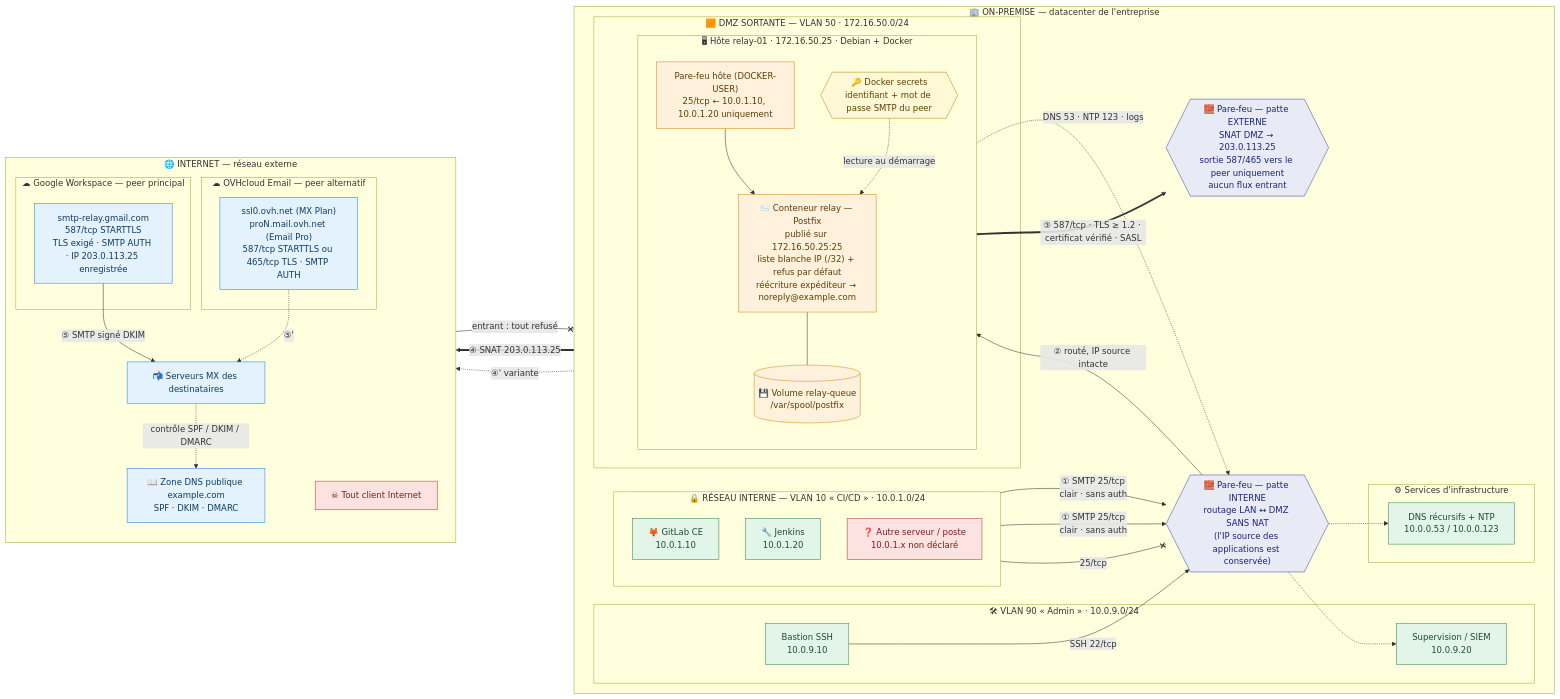
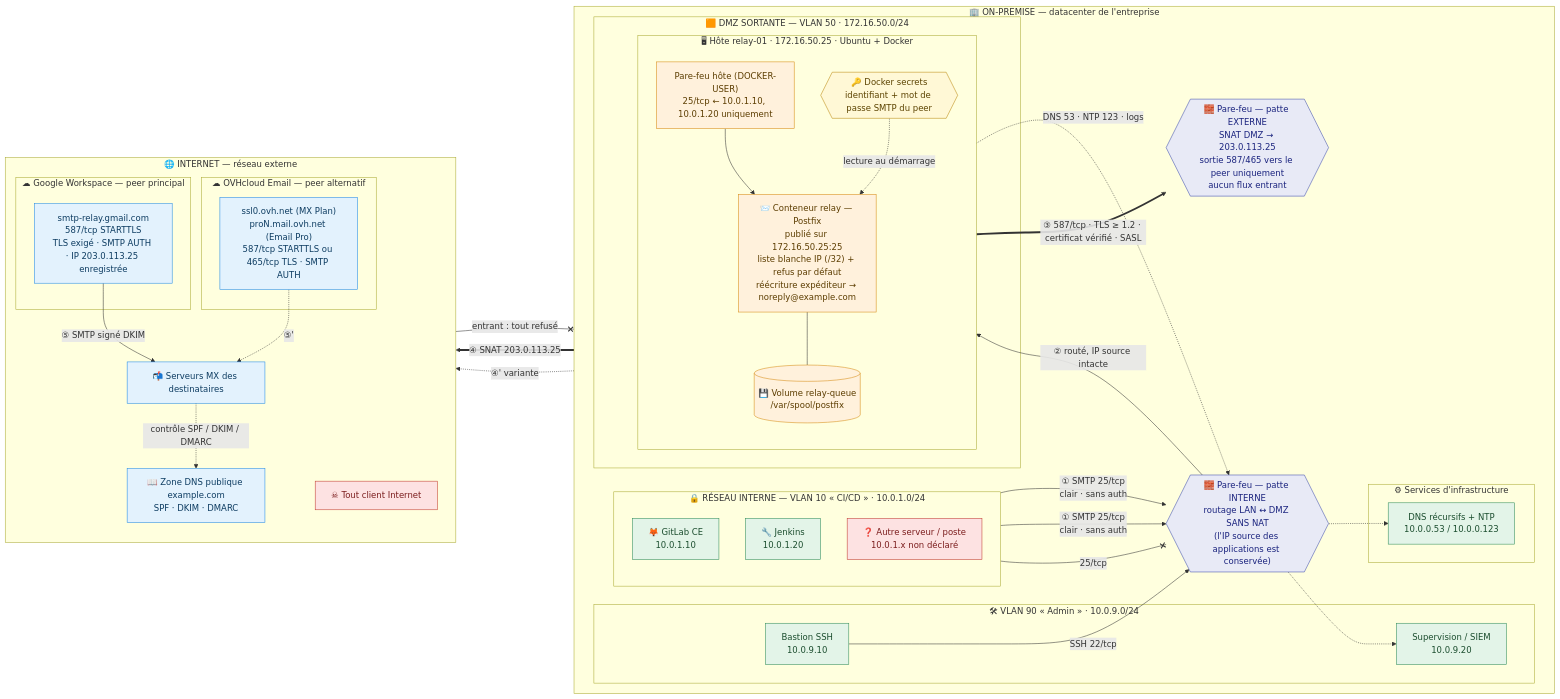
One commit to kosaar/relai-smtp changed the first of 3 diagrams in docs/deploiement-production.md. Above: the diagram before and after it, drawn with Mermaid. The commit also changed other lines of this file and 8 other files, not shown here.

````diff
--- a/docs/deploiement-production.md
+++ b/docs/deploiement-production.md
@@ -39,82 +39,82 @@
 ```mermaid
 flowchart LR
     subgraph ONPREM["🏢 ON-PREMISE — datacenter de l'entreprise"]
         direction LR
 
         subgraph LAN["🔒 RÉSEAU INTERNE — VLAN 10 « CI/CD » · 10.0.1.0/24"]
             direction TB
             GL["🦊 GitLab CE<br/>10.0.1.10"]
             JK["🔧 Jenkins<br/>10.0.1.20"]
             UNK["❓ Autre serveur / poste<br/>10.0.1.x non déclaré"]
         end
 
         subgraph ADMIN["🛠 VLAN 90 « Admin » · 10.0.9.0/24"]
             BAS["Bastion SSH<br/>10.0.9.10"]
             SUP["Supervision / SIEM<br/>10.0.9.20"]
         end
 
         subgraph INFRA["⚙ Services d'infrastructure"]
             DNSI["DNS récursifs + NTP<br/>10.0.0.53 / 10.0.0.123"]
         end
 
         FWI{{"🧱 Pare-feu — patte INTERNE<br/>routage LAN ↔ DMZ SANS NAT<br/>(l'IP source des applications est conservée)"}}
 
         subgraph DMZ["🟧 DMZ SORTANTE — VLAN 50 · 172.16.50.0/24"]
-            subgraph HOST["🖥 Hôte relay-01 · 172.16.50.25 · Debian + Docker"]
+            subgraph HOST["🖥 Hôte relay-01 · 172.16.50.25 · Ubuntu + Docker"]
                 direction TB
                 HFW["Pare-feu hôte (DOCKER-USER)<br/>25/tcp ← 10.0.1.10, 10.0.1.20 uniquement"]
                 RC["📨 Conteneur relay — Postfix<br/>publié sur 172.16.50.25:25<br/>liste blanche IP (/32) + refus par défaut<br/>réécriture expéditeur → noreply@example.com"]
                 VQ[("💾 Volume relay-queue<br/>/var/spool/postfix")]
                 SEC{{"🔑 Docker secrets<br/>identifiant + mot de passe SMTP du peer"}}
                 HFW --> RC
                 RC --- VQ
                 SEC -. "lecture au démarrage" .-> RC
             end
         end
 
         FWE{{"🧱 Pare-feu — patte EXTERNE<br/>SNAT DMZ → 203.0.113.25<br/>sortie 587/465 vers le peer uniquement<br/>aucun flux entrant"}}
     end
 
     subgraph INTERNET["🌐 INTERNET — réseau externe"]
         direction TB
         subgraph GOOGLE["☁ Google Workspace — peer principal"]
             GR["smtp-relay.gmail.com<br/>587/tcp STARTTLS<br/>TLS exigé · SMTP AUTH · IP 203.0.113.25 enregistrée"]
         end
         subgraph OVH["☁ OVHcloud Email — peer alternatif"]
             OR["ssl0.ovh.net (MX Plan)<br/>proN.mail.ovh.net (Email Pro)<br/>587/tcp STARTTLS ou 465/tcp TLS · SMTP AUTH"]
         end
         ZONE["📖 Zone DNS publique example.com<br/>SPF · DKIM · DMARC"]
         MX["📬 Serveurs MX des destinataires"]
         ATT["☠ Tout client Internet"]
     end
 
     GL -- "① SMTP 25/tcp<br/>clair · sans auth" --> FWI
     JK -- "① SMTP 25/tcp<br/>clair · sans auth" --> FWI
     UNK -- "25/tcp" --x FWI
     FWI -- "② routé, IP source intacte" --> HFW
     BAS -- "SSH 22/tcp" --> FWI
     RC -. "DNS 53 · NTP 123 · logs" .-> FWI
     FWI -.-> DNSI
     FWI -.-> SUP
 
     RC == "③ 587/tcp · TLS ≥ 1.2 · certificat vérifié · SASL" ==> FWE
     FWE == "④ SNAT 203.0.113.25" ==> GR
     FWE -. "④' variante" .-> OR
     GR -- "⑤ SMTP signé DKIM" --> MX
     OR -. "⑤'" .-> MX
     MX -. "contrôle SPF / DKIM / DMARC" .-> ZONE
     ATT -- "entrant : tout refusé" --x FWE
 
     classDef internal fill:#e3f4e8,stroke:#2e8b57,color:#1b4d2e;
     classDef deny fill:#fde2e2,stroke:#c0392b,color:#7b1d1d;
     classDef dmz fill:#fff1dc,stroke:#d68910,color:#5c3d00;
     classDef fw fill:#e8eaf6,stroke:#3949ab,color:#1a237e;
     classDef cloud fill:#e3f2fd,stroke:#1e88e5,color:#0d3c61;
     classDef secret fill:#fff8d6,stroke:#b8860b,color:#5c4300;
     class GL,JK,BAS,SUP,DNSI internal;
     class UNK,ATT deny;
     class HFW,RC,VQ dmz;
     class FWI,FWE fw;
     class GR,OR,ZONE,MX cloud;
     class SEC secret;
 ```
````
